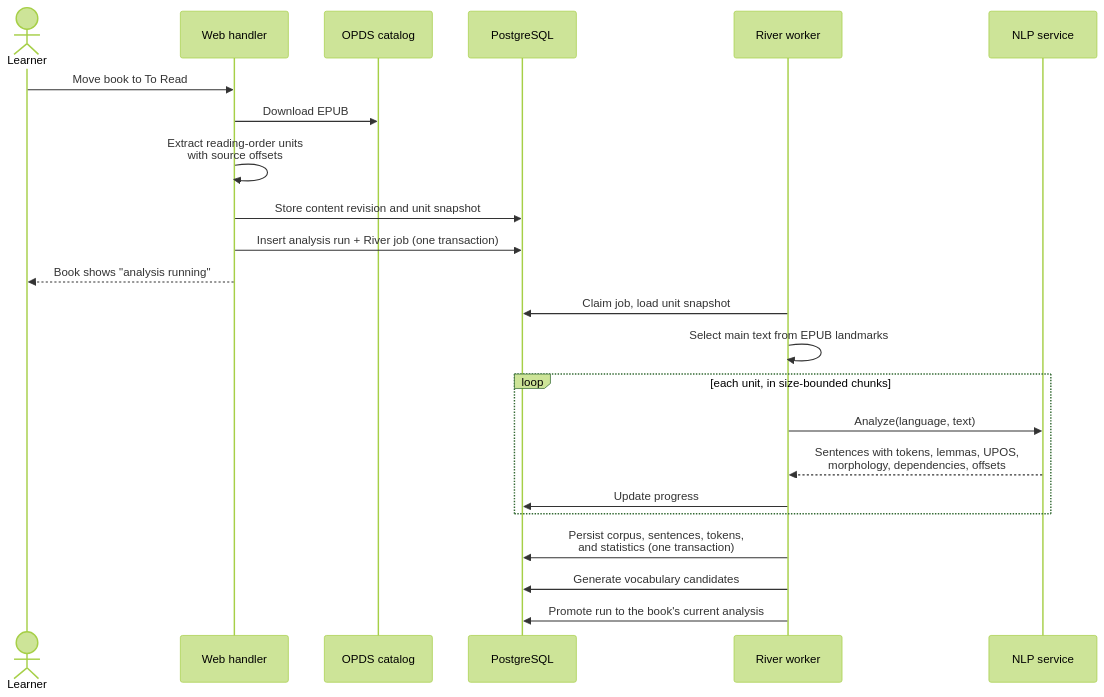
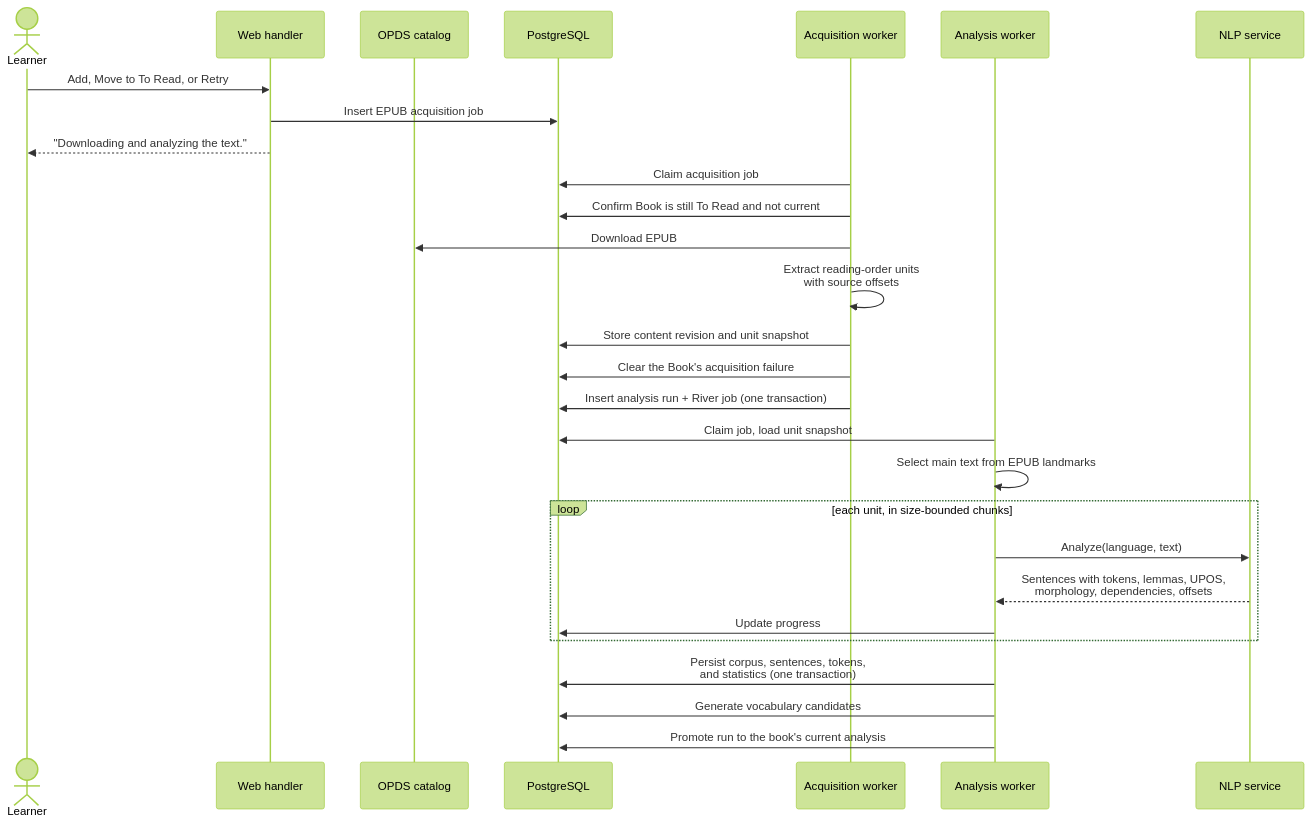
Before and after one commit to justin-hayes/mouseion: the second of 11 diagrams in ARCHITECTURE.md, drawn with Mermaid (forest theme). The commit also changed other lines of this file and 39 other files, not shown here.

First line of the commit message:
feat(acquisition): acquire EPUBs in a durable job

````diff
--- a/ARCHITECTURE.md
+++ b/ARCHITECTURE.md
@@ -88,27 +89,33 @@
 ```mermaid
 sequenceDiagram
     actor L as Learner
     participant W as Web handler
     participant O as OPDS catalog
     participant DB as PostgreSQL
-    participant R as River worker
+    participant A as Acquisition worker
+    participant R as Analysis worker
     participant N as NLP service
 
-    L->>W: Move book to To Read
-    W->>O: Download EPUB
-    W->>W: Extract reading-order units<br/>with source offsets
-    W->>DB: Store content revision and unit snapshot
-    W->>DB: Insert analysis run + River job (one transaction)
-    W-->>L: Book shows "analysis running"
+    L->>W: Add, Move to To Read, or Retry
+    W->>DB: Insert EPUB acquisition job
+    W-->>L: "Downloading and analyzing the text."
+
+    A->>DB: Claim acquisition job
+    A->>DB: Confirm Book is still To Read and not current
+    A->>O: Download EPUB
+    A->>A: Extract reading-order units<br/>with source offsets
+    A->>DB: Store content revision and unit snapshot
+    A->>DB: Clear the Book's acquisition failure
+    A->>DB: Insert analysis run + River job (one transaction)
 
     R->>DB: Claim job, load unit snapshot
     R->>R: Select main text from EPUB landmarks
     loop each unit, in size-bounded chunks
         R->>N: Analyze(language, text)
         N-->>R: Sentences with tokens, lemmas, UPOS,<br/>morphology, dependencies, offsets
         R->>DB: Update progress
     end
     R->>DB: Persist corpus, sentences, tokens,<br/>and statistics (one transaction)
     R->>DB: Generate vocabulary candidates
     R->>DB: Promote run to the book's current analysis
 ```
````
